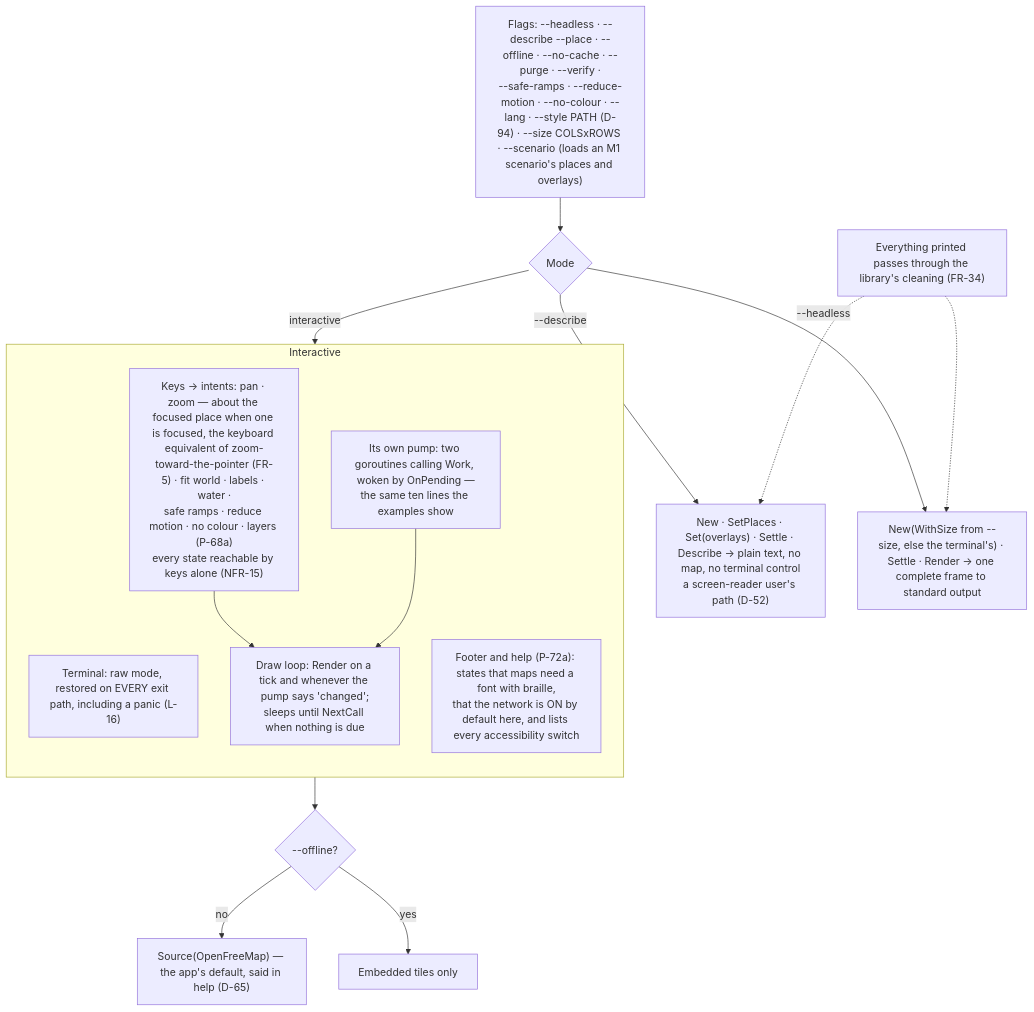
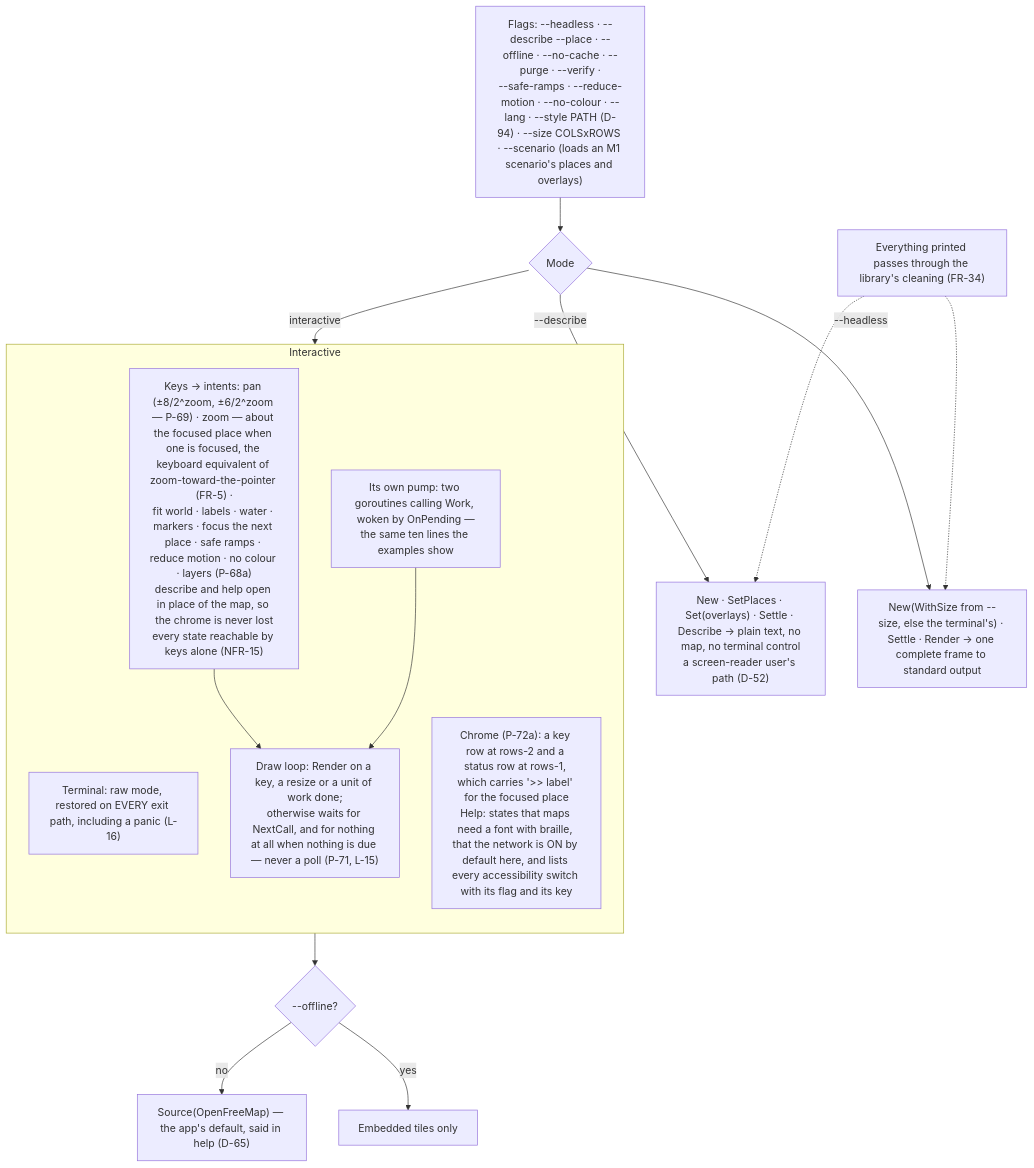
One commit to branden-thompson/go-tuimaps changed the diagram in 06_docs/02_features/go-tuimaps/03-architecture-design/L2-app.md. Above: the diagram before and after it, drawn with Mermaid. The commit also changed 16 other files, not shown here.

First line of the commit message:
tuimaps: the interactive map, its keys and its loop

````diff
--- a/06_docs/02_features/go-tuimaps/03-architecture-design/L2-app.md
+++ b/06_docs/02_features/go-tuimaps/03-architecture-design/L2-app.md
@@ -7,23 +7,23 @@
 ```mermaid
 flowchart TB
     ARGS["Flags: --headless · --describe --place · --offline · --no-cache · --purge · --verify ·<br/>--safe-ramps · --reduce-motion · --no-colour · --lang · --style PATH (D-94) · --size COLSxROWS · --scenario (loads an M1 scenario's places and overlays)"] --> MODE{"Mode"}
     MODE -- "--describe" --> D["New · SetPlaces · Set(overlays) · Settle · Describe → plain text, no map, no terminal control<br/>a screen-reader user's path (D-52)"]
     MODE -- "--headless" --> HL["New(WithSize from --size, else the terminal's) · Settle · Render → one complete frame to standard output"]
     MODE -- "interactive" --> TUI
 
     subgraph TUI["Interactive"]
       direction TB
       TERM["Terminal: raw mode, restored on EVERY exit path, including a panic (L-16)"]
-      KEYS["Keys → intents: pan · zoom — about the focused place when one is focused, the keyboard equivalent of zoom-toward-the-pointer (FR-5) · fit world · labels · water ·<br/>safe ramps · reduce motion · no colour · layers (P-68a)<br/>every state reachable by keys alone (NFR-15)"]
-      LOOP["Draw loop: Render on a tick and whenever the pump says 'changed';<br/>sleeps until NextCall when nothing is due"]
+      KEYS["Keys → intents: pan (±8/2^zoom, ±6/2^zoom — P-69) · zoom — about the focused place when one is focused, the keyboard equivalent of zoom-toward-the-pointer (FR-5) ·<br/>fit world · labels · water · markers · focus the next place · safe ramps · reduce motion · no colour · layers (P-68a)<br/>describe and help open in place of the map, so the chrome is never lost<br/>every state reachable by keys alone (NFR-15)"]
+      LOOP["Draw loop: Render on a key, a resize or a unit of work done;<br/>otherwise waits for NextCall, and for nothing at all when nothing is due — never a poll (P-71, L-15)"]
       PUMP["Its own pump: two goroutines calling Work, woken by OnPending —<br/>the same ten lines the examples show"]
-      FOOT["Footer and help (P-72a): states that maps need a font with braille,<br/>that the network is ON by default here, and lists every accessibility switch"]
+      FOOT["Chrome (P-72a): a key row at rows-2 and a status row at rows-1, which carries '>> label' for the focused place<br/>Help: states that maps need a font with braille, that the network is ON by default here, and lists every accessibility switch with its flag and its key"]
       KEYS --> LOOP
       PUMP --> LOOP
     end
     TUI --> NET{"--offline?"}
     NET -- no --> ON["Source(OpenFreeMap) — the app's default, said in help (D-65)"]
     NET -- yes --> OFF["Embedded tiles only"]
     OUTR["Everything printed passes through the library's cleaning (FR-34)"] -.-> D
     OUTR -.-> HL
 ```
````
